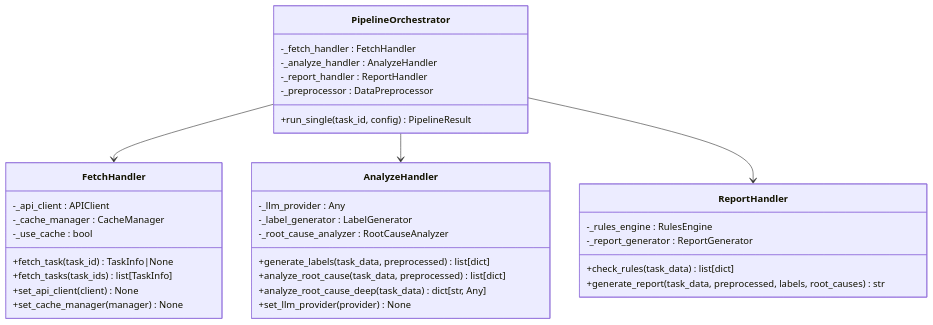
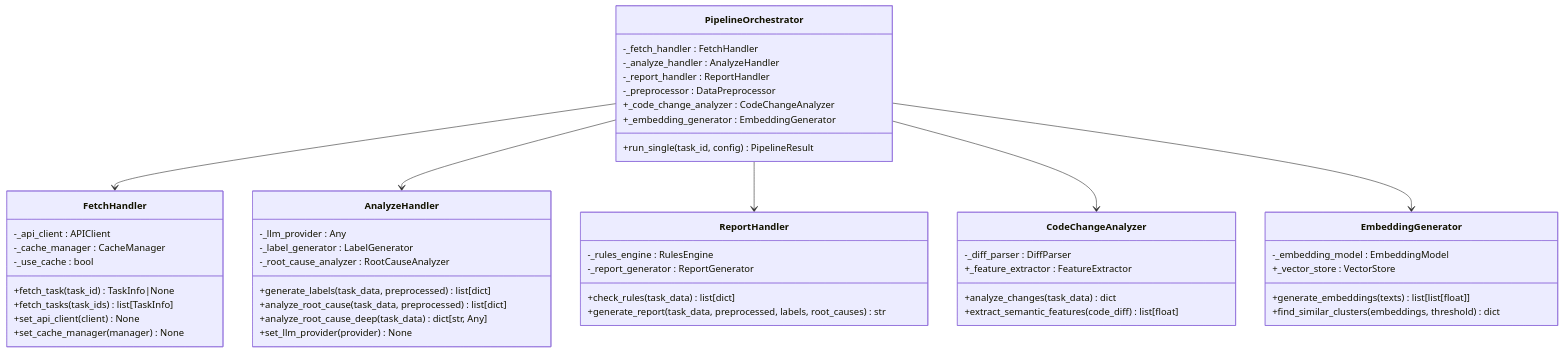
One commit to boyingliu01/fault-review-analyzer changed the third of 8 diagrams in .qoder/repowiki/zh/content/核心架构/核心组件/分析流水线编排器.md. Above: the diagram before and after it, drawn with Mermaid. The commit also changed other lines of this file and 125 other files, not shown here.

````diff
--- a/.qoder/repowiki/zh/content/核心架构/核心组件/分析流水线编排器.md
+++ b/.qoder/repowiki/zh/content/核心架构/核心组件/分析流水线编排器.md
@@ -207,37 +238,53 @@
 ```mermaid
 classDiagram
 class PipelineOrchestrator {
 -_fetch_handler : FetchHandler
 -_analyze_handler : AnalyzeHandler
 -_report_handler : ReportHandler
 -_preprocessor : DataPreprocessor
++_code_change_analyzer : CodeChangeAnalyzer
++_embedding_generator : EmbeddingGenerator
 +run_single(task_id, config) PipelineResult
 }
 class FetchHandler {
 -_api_client : APIClient
 -_cache_manager : CacheManager
 -_use_cache : bool
 +fetch_task(task_id) TaskInfo|None
 +fetch_tasks(task_ids) list[TaskInfo]
 +set_api_client(client) None
 +set_cache_manager(manager) None
 }
 class AnalyzeHandler {
 -_llm_provider : Any
 -_label_generator : LabelGenerator
 -_root_cause_analyzer : RootCauseAnalyzer
 +generate_labels(task_data, preprocessed) list[dict]
 +analyze_root_cause(task_data, preprocessed) list[dict]
 +analyze_root_cause_deep(task_data) dict[str, Any]
 +set_llm_provider(provider) None
 }
 class ReportHandler {
 -_rules_engine : RulesEngine
 -_report_generator : ReportGenerator
 +check_rules(task_data) list[dict]
 +generate_report(task_data, preprocessed, labels, root_causes) str
 }
+class CodeChangeAnalyzer {
+-_diff_parser : DiffParser
++_feature_extractor : FeatureExtractor
++analyze_changes(task_data) dict
++extract_semantic_features(code_diff) list[float]
+}
+class EmbeddingGenerator {
+-_embedding_model : EmbeddingModel
++_vector_store : VectorStore
++generate_embeddings(texts) list[list[float]]
++find_similar_clusters(embeddings, threshold) dict
+}
 PipelineOrchestrator --> FetchHandler
 PipelineOrchestrator --> AnalyzeHandler
 PipelineOrchestrator --> ReportHandler
+PipelineOrchestrator --> CodeChangeAnalyzer
+PipelineOrchestrator --> EmbeddingGenerator
 ```
````
